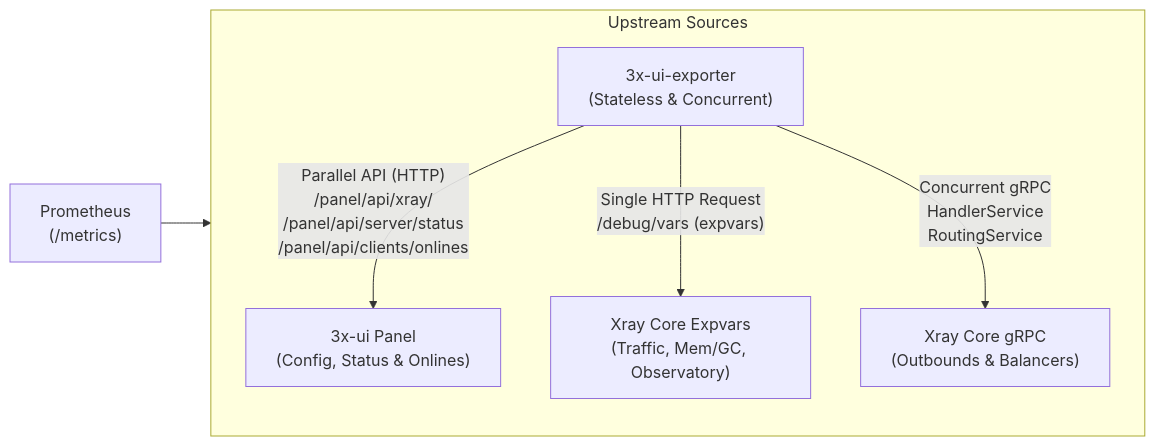
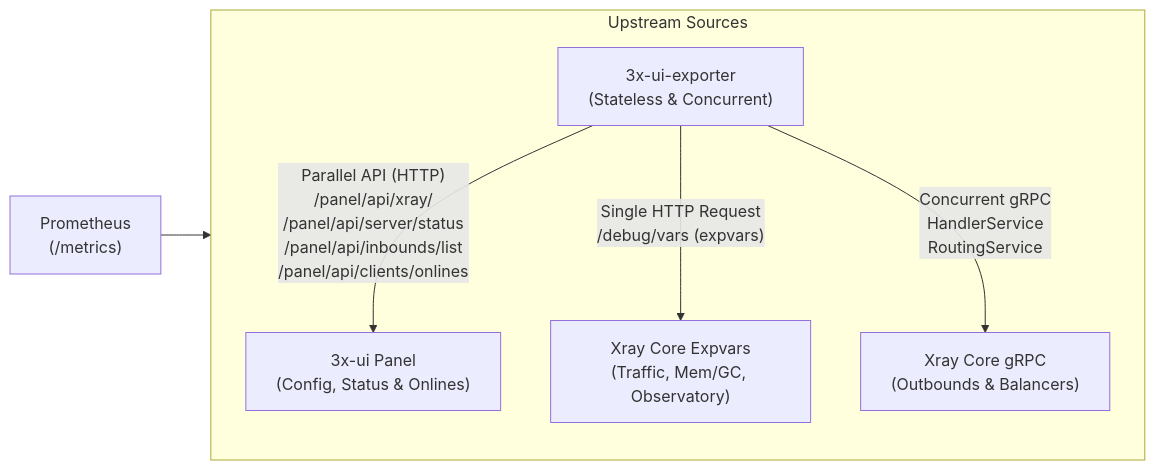
Before and after one commit to nike38rus/3x-ui-exporter: the diagram in README.md, drawn with Mermaid. The commit also changed other lines of this file and 4 other files, not shown here.

Commit message:
feat: export xui_inbound_enabled from panel inbounds list

````diff
--- a/README.md
+++ b/README.md
@@ -74,11 +74,11 @@
 ```mermaid
 flowchart LR
     Prom["Prometheus\n(/metrics)"] --> Exp["3x-ui-exporter\n(Stateless & Concurrent)"]
 
     subgraph "Upstream Sources"
         direction TB
-        Exp -->|"Parallel API (HTTP)\n/panel/api/xray/\n/panel/api/server/status\n/panel/api/clients/onlines"| Panel["3x-ui Panel\n(Config, Status & Onlines)"]
+        Exp -->|"Parallel API (HTTP)\n/panel/api/xray/\n/panel/api/server/status\n/panel/api/inbounds/list\n/panel/api/clients/onlines"| Panel["3x-ui Panel\n(Config, Status & Onlines)"]
         Exp -->|"Single HTTP Request\n/debug/vars (expvars)"| Expvars["Xray Core Expvars\n(Traffic, Mem/GC, Observatory)"]
         Exp -->|"Concurrent gRPC\nHandlerService\nRoutingService"| Core["Xray Core gRPC\n(Outbounds & Balancers)"]
     end
 ```
````
